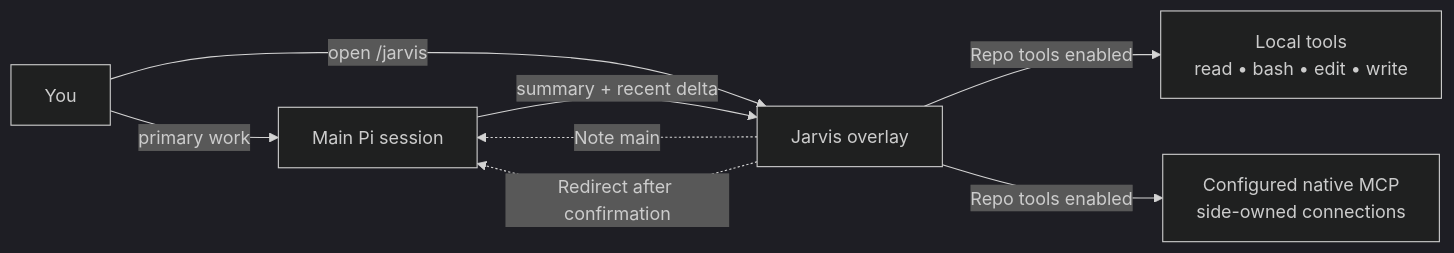
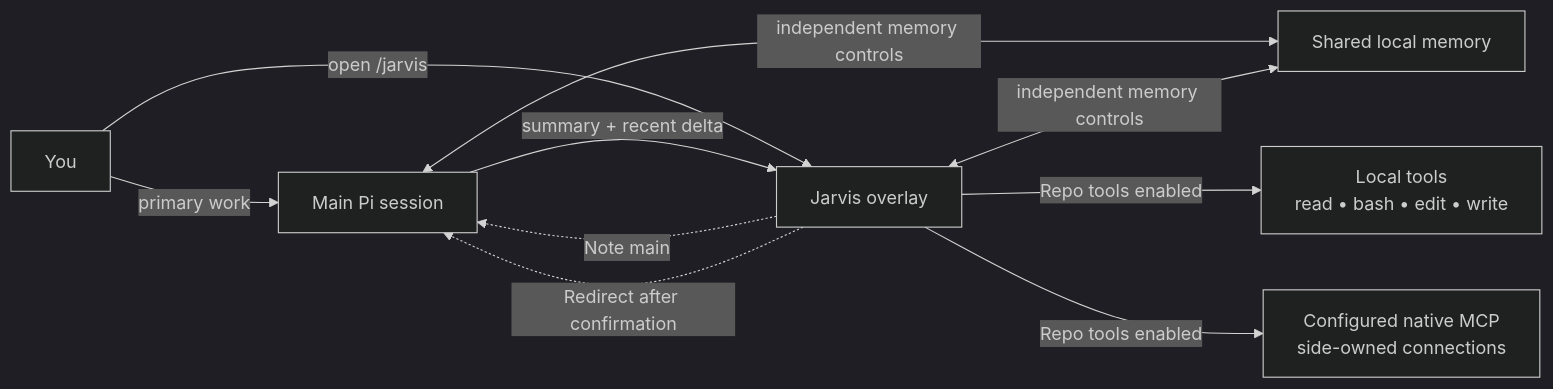
One commit to crustyhacker/pi-jarvis changed the first of 5 diagrams in README.md. Above: the diagram before and after it, drawn with Mermaid (dark theme). The commit also changed other lines of this file and 22 other files, not shown here.

````diff
--- a/README.md
+++ b/README.md
@@ -91,10 +93,12 @@
 ```mermaid
 flowchart LR
     U[You] -->|primary work| M[Main Pi session]
     U -->|open /jarvis| J[Jarvis overlay]
     M -->|summary + recent delta| J
+    M <-->|independent memory controls| S[Shared local memory]
+    J <-->|independent memory controls| S
     J -->|Repo tools enabled| R[Local tools\nread • bash • edit • write]
     J -->|Repo tools enabled| C[Configured native MCP\nside-owned connections]
     J -. Note main .-> M
     J -. Redirect after confirmation .-> M
 ```
````
